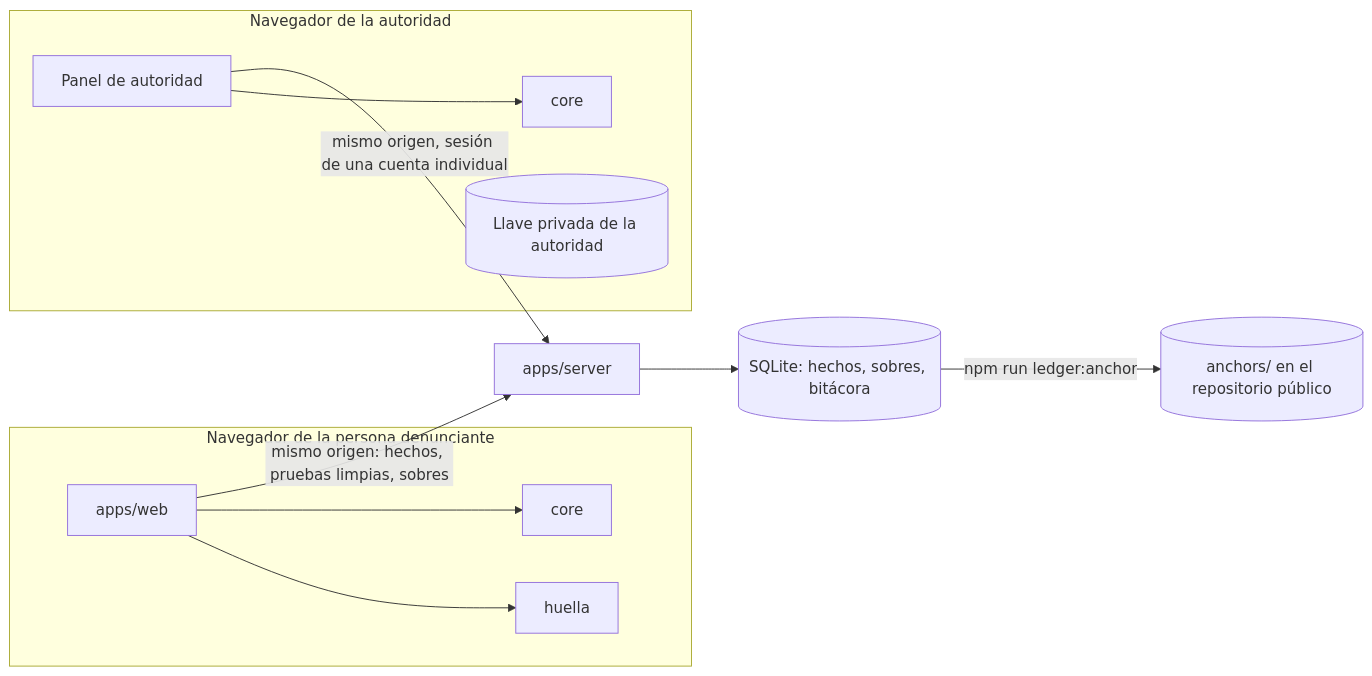
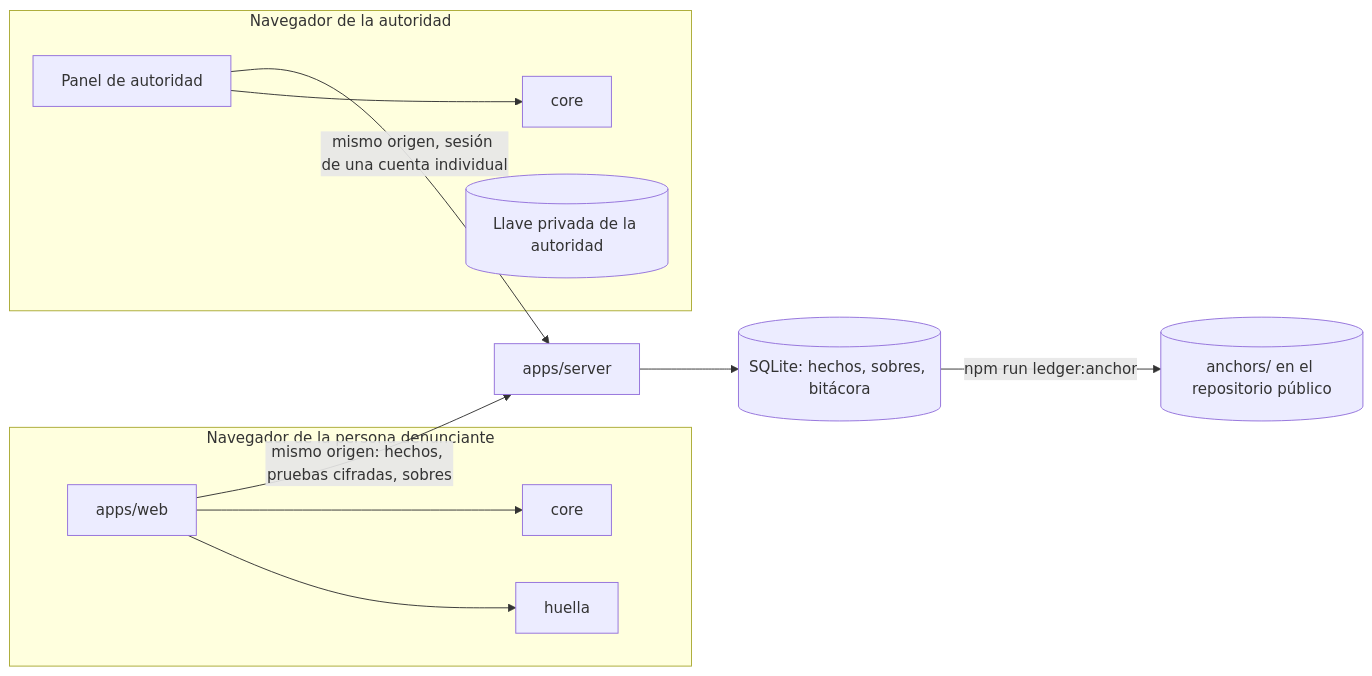
The first of 6 diagrams in docs/arquitectura.md (GuilleOp/sigilo-s5), drawn with Mermaid before and after one commit. The commit also changed other lines of this file and 19 other files, not shown here.

````diff
--- a/docs/arquitectura.md
+++ b/docs/arquitectura.md
@@ -28,15 +28,15 @@
 ```mermaid
 flowchart LR
   subgraph Navegador_denunciante[Navegador de la persona denunciante]
     W[apps/web] --> H[huella]
     W --> C[core]
   end
   subgraph Navegador_autoridad[Navegador de la autoridad]
     P[Panel de autoridad] --> C2[core]
     K[(Llave privada de la autoridad)]
   end
-  W -- mismo origen: hechos, pruebas limpias, sobres --> S[apps/server]
+  W -- mismo origen: hechos, pruebas cifradas, sobres --> S[apps/server]
   P -- mismo origen, sesión de una cuenta individual --> S
   S --> DB[(SQLite: hechos, sobres, bitácora)]
   DB -- npm run ledger:anchor --> A[(anchors/ en el repositorio público)]
 ```
````
